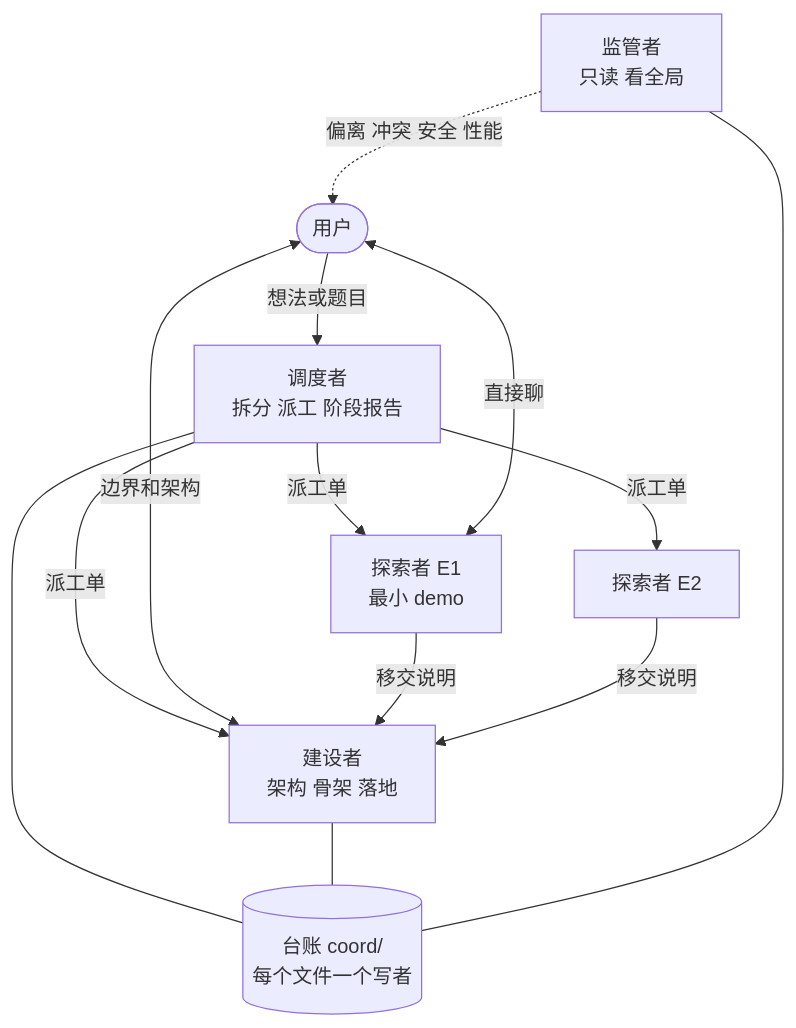
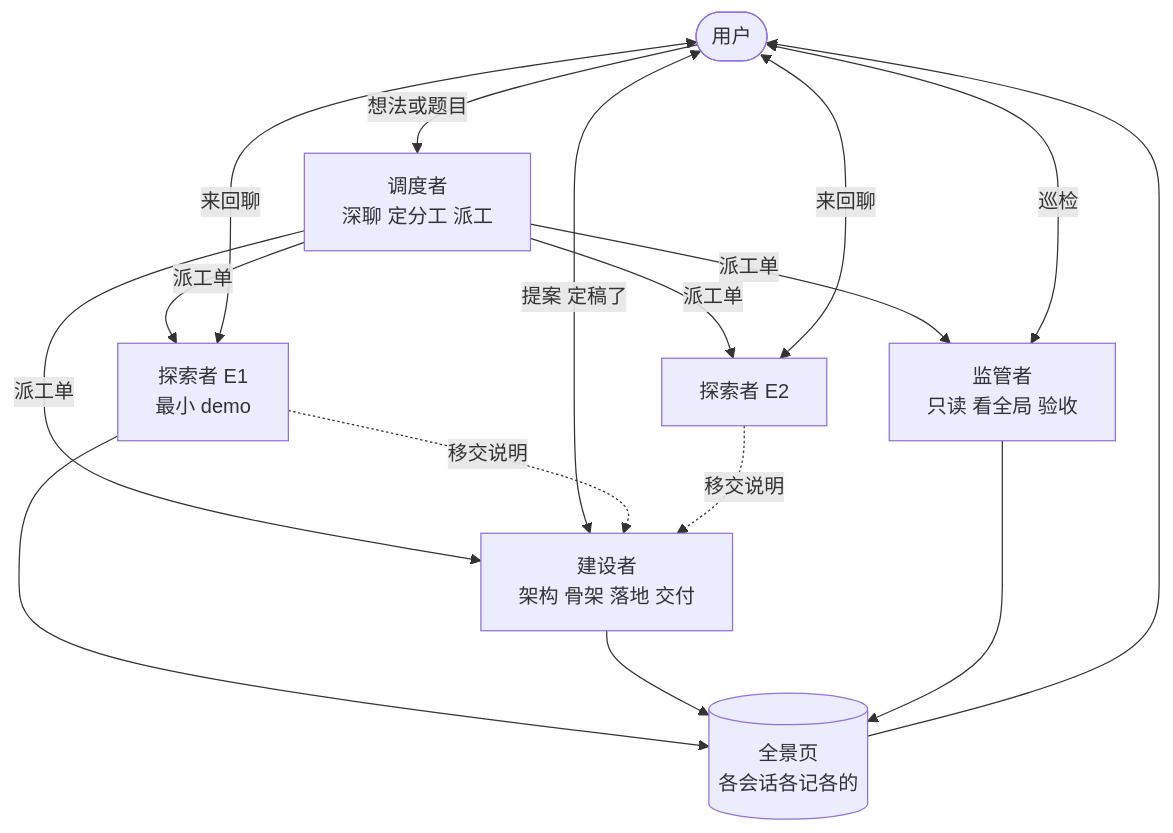
One commit to wowsunny/demo-first changed the diagram in README.md. Above: the diagram before and after it, drawn with Mermaid. The commit also changed other lines of this file and 30 other files, not shown here.

````diff
--- a/README.md
+++ b/README.md
@@ -54,22 +57,25 @@
 ```mermaid
 flowchart TD
     U([用户])
-    D[调度者<br/>拆分 派工 阶段报告]
+    D[调度者<br/>深聊 定分工 派工]
     E1[探索者 E1<br/>最小 demo]
     E2[探索者 E2]
-    B[建设者<br/>架构 骨架 落地]
-    S[监管者<br/>只读 看全局]
-    DOC[(台账 coord/<br/>每个文件一个写者)]
+    B[建设者<br/>架构 骨架 落地 交付]
+    S[监管者<br/>只读 看全局 验收]
+    P[(全景页<br/>各会话各记各的)]
     U -->|想法或题目| D
     D -->|派工单| E1
     D -->|派工单| E2
     D -->|派工单| B
-    U <-->|直接聊| E1
-    U <-->|边界和架构| B
-    E1 -->|移交说明| B
-    E2 -->|移交说明| B
-    S -.->|偏离 冲突 安全 性能| U
-    D --- DOC
-    B --- DOC
-    S --- DOC
+    D -->|派工单| S
+    U <-->|来回聊| E1
+    U <-->|来回聊| E2
+    U <-->|提案 定稿了| B
+    E1 -.->|移交说明| B
+    E2 -.->|移交说明| B
+    U <-->|巡检| S
+    E1 --> P
+    B --> P
+    S --> P
+    P --> U
 ```
````
